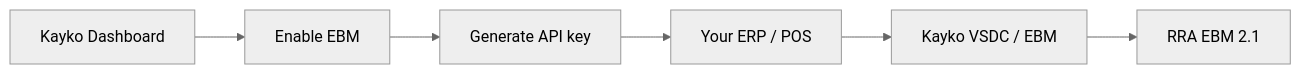
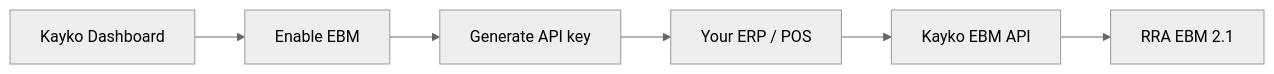
The diagram in concepts/api-keys.mdx (kaykorw/ebm_thirdparty_docs), drawn with Mermaid (neutral theme) before and after one commit. The commit also changed other lines of this file and 34 other files, not shown here.

Commit message:
Refactor API documentation to reflect the transition from VSDC to Kayko EBM, including updates to environment variables, endpoint references, and removal of the glossary. Adjusted descriptions and examples across multiple files for consistency and clarity.

````diff
--- a/concepts/api-keys.mdx
+++ b/concepts/api-keys.mdx
@@ -9,8 +9,8 @@
 ```mermaid
 flowchart LR
     A["Kayko Dashboard"] --> B["Enable EBM"]
     B --> C["Generate API key"]
     C --> D["Your ERP / POS"]
-    D --> E["Kayko VSDC / EBM"]
+    D --> E["Kayko EBM API"]
     E --> F["RRA EBM 2.1"]
 ```
````
